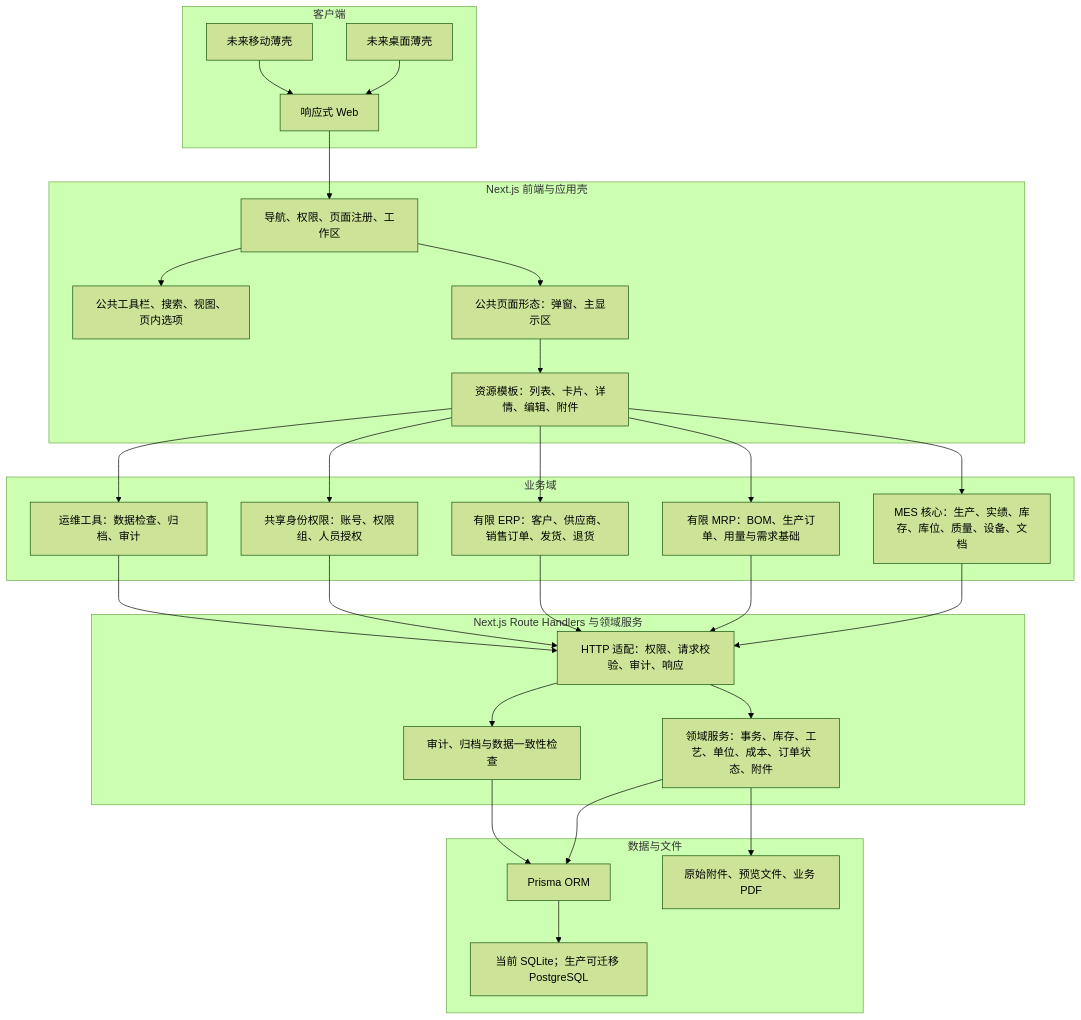
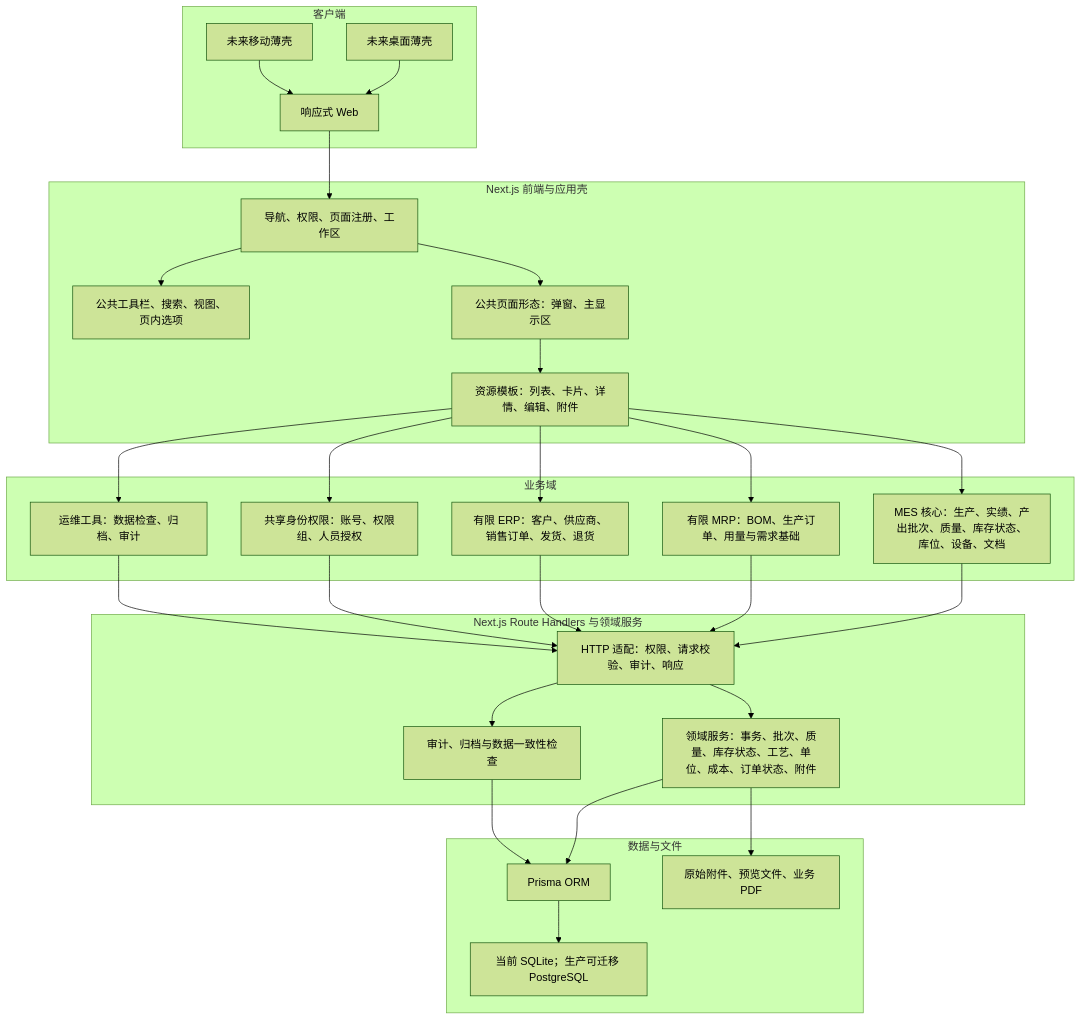
One commit to goldf2/mes-lite changed the first of 8 diagrams in docs/architecture/系统结构图.md. Above: the diagram before and after it, drawn with Mermaid (forest theme). The commit also changed other lines of this file and 83 other files, not shown here.

````diff
--- a/docs/architecture/系统结构图.md
+++ b/docs/architecture/系统结构图.md
@@ -5,58 +5,58 @@
 ```mermaid
 flowchart TB
   subgraph Client["客户端"]
     Web["响应式 Web"]
     Desktop["未来桌面薄壳"]
     Mobile["未来移动薄壳"]
   end
 
   subgraph Frontend["Next.js 前端与应用壳"]
     Shell["导航、权限、页面注册、工作区"]
     Toolbar["公共工具栏、搜索、视图、页内选项"]
     Presentation["公共页面形态：弹窗、主显示区"]
     Resource["资源模板：列表、卡片、详情、编辑、附件"]
   end
 
   subgraph Domain["业务域"]
-    MES["MES 核心：生产、实绩、库存、库位、质量、设备、文档"]
+    MES["MES 核心：生产、实绩、产出批次、质量、库存状态、库位、设备、文档"]
     MRP["有限 MRP：BOM、生产订单、用量与需求基础"]
     ERP["有限 ERP：客户、供应商、销售订单、发货、退货"]
     Identity["共享身份权限：账号、权限组、人员授权"]
     Operations["运维工具：数据检查、归档、审计"]
   end
 
   subgraph Server["Next.js Route Handlers 与领域服务"]
     API["HTTP 适配：权限、请求校验、审计、响应"]
-    Services["领域服务：事务、库存、工艺、单位、成本、订单状态、附件"]
+    Services["领域服务：事务、批次、质量、库存状态、工艺、单位、成本、订单状态、附件"]
     Audit["审计、归档与数据一致性检查"]
   end
 
   subgraph Data["数据与文件"]
     Prisma["Prisma ORM"]
     DB["当前 SQLite；生产可迁移 PostgreSQL"]
     Storage["原始附件、预览文件、业务 PDF"]
   end
 
   Web --> Shell
   Desktop --> Web
   Mobile --> Web
   Shell --> Toolbar
   Shell --> Presentation
   Presentation --> Resource
   Resource --> MES
   Resource --> MRP
   Resource --> ERP
   Resource --> Identity
   Resource --> Operations
   MES --> API
   MRP --> API
   ERP --> API
   Identity --> API
   Operations --> API
   API --> Services
   API --> Audit
   Services --> Prisma
   Audit --> Prisma
   Prisma --> DB
   Services --> Storage
 ```
````
